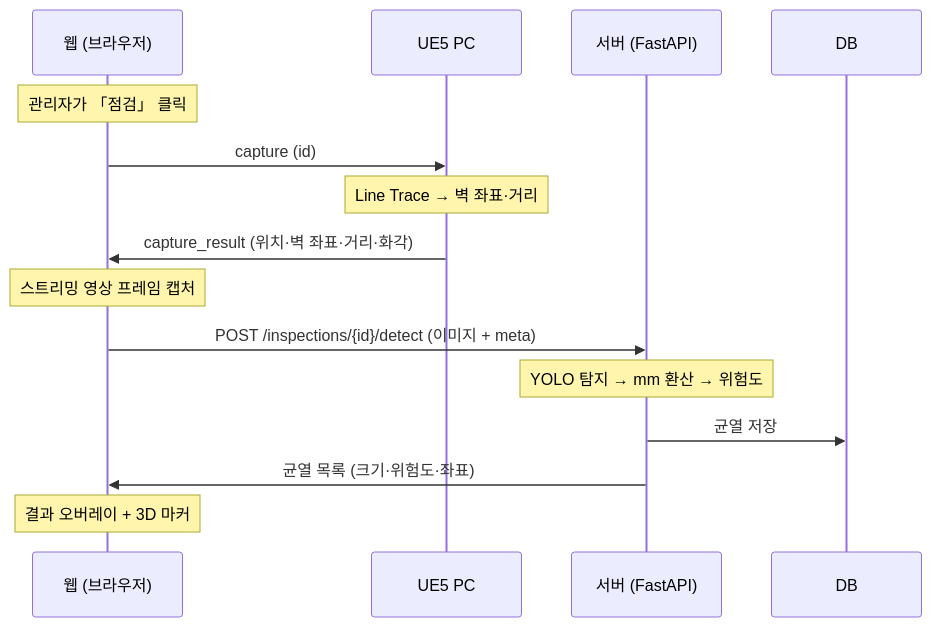
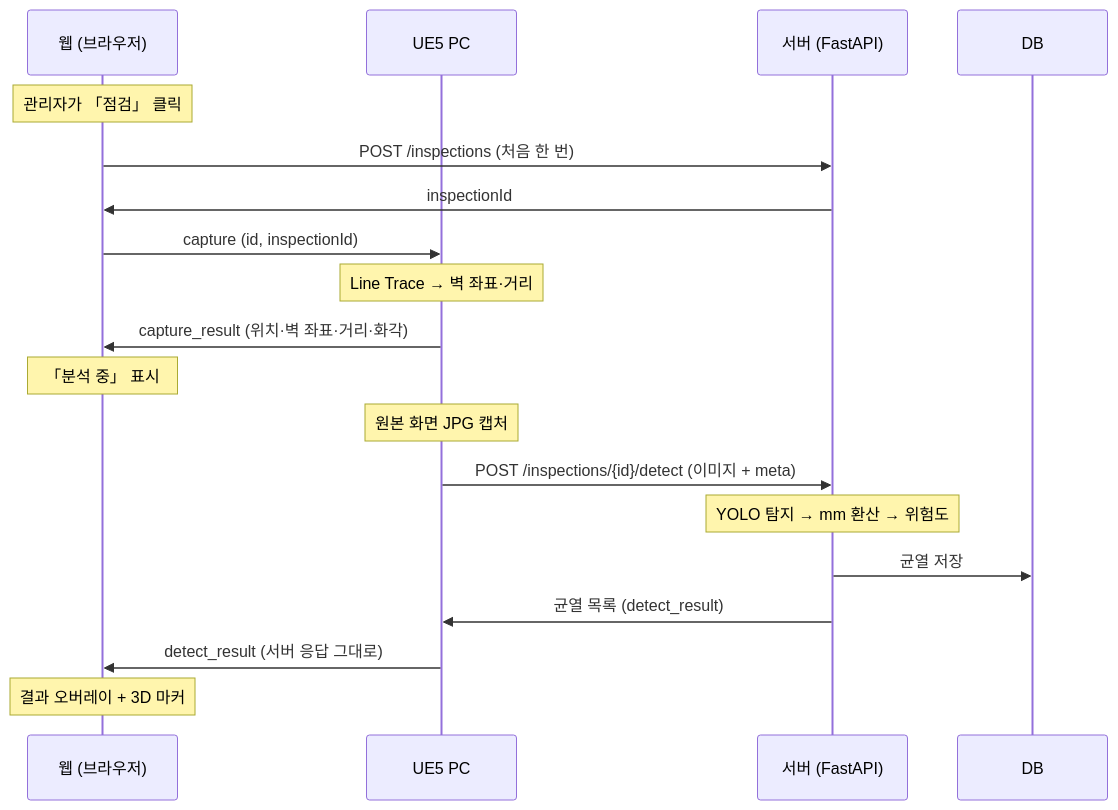
The second of 6 diagrams in docs/시스템팀_개발.md (inha0307/AI-idea-system), drawn with Mermaid before and after one commit. The commit also changed other lines of this file and 4 other files, not shown here.

````diff
--- a/docs/시스템팀_개발.md
+++ b/docs/시스템팀_개발.md
@@ -234,17 +256,21 @@
 ```mermaid
 sequenceDiagram
   participant W as 웹 (브라우저)
   participant U as UE5 PC
   participant S as 서버 (FastAPI)
   participant D as DB
   Note over W: 관리자가 「점검」 클릭
-  W->>U: capture (id)
+  W->>S: POST /inspections (처음 한 번)
+  S->>W: inspectionId
+  W->>U: capture (id, inspectionId)
   Note over U: Line Trace → 벽 좌표·거리
   U->>W: capture_result (위치·벽 좌표·거리·화각)
-  Note over W: 스트리밍 영상 프레임 캡처
-  W->>S: POST /inspections/{id}/detect (이미지 + meta)
+  Note over W: 「분석 중」 표시
+  Note over U: 원본 화면 JPG 캡처
+  U->>S: POST /inspections/{id}/detect (이미지 + meta)
   Note over S: YOLO 탐지 → mm 환산 → 위험도
   S->>D: 균열 저장
-  S->>W: 균열 목록 (크기·위험도·좌표)
+  S->>U: 균열 목록 (detect_result)
+  U->>W: detect_result (서버 응답 그대로)
   Note over W: 결과 오버레이 + 3D 마커
 ```
````
